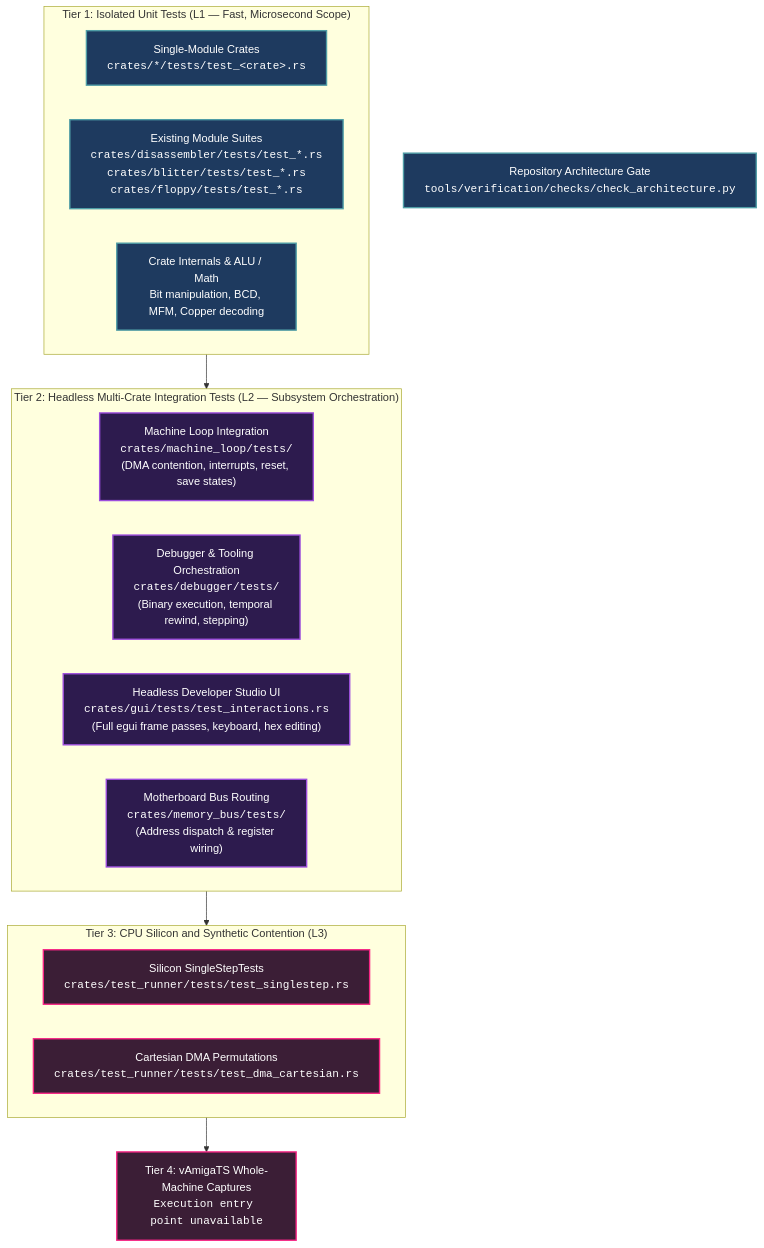
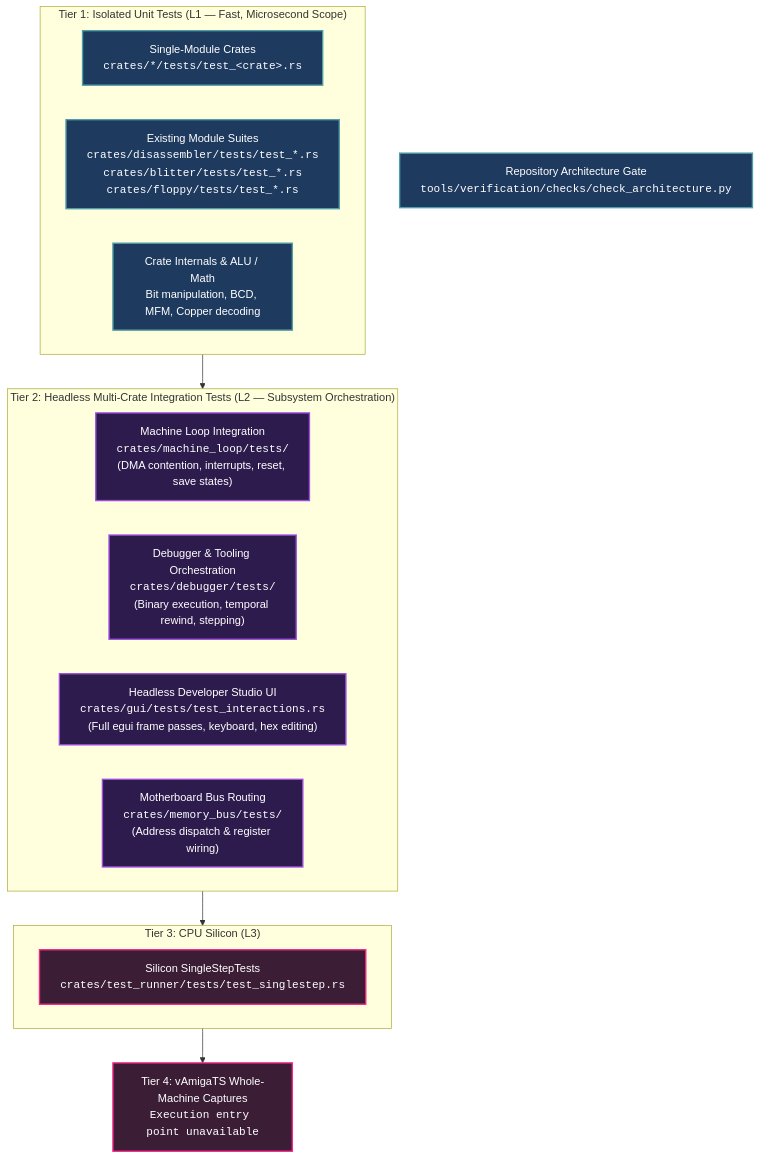
One commit to tomek-anuszkiewicz/amiga-studio changed the diagram in Obsidian/Amiga/Design/Verification/Testing Strategy and Quality Assurance.md. Above: the diagram before and after it, drawn with Mermaid. The commit also changed other lines of this file and 23 other files, not shown here.

First line of the commit message:
test(cpu): replace Cartesian DMA with focused wait-state coverage

````diff
--- a/Obsidian/Amiga/Design/Verification/Testing Strategy and Quality Assurance.md
+++ b/Obsidian/Amiga/Design/Verification/Testing Strategy and Quality Assurance.md
@@ -62,30 +61,29 @@
 ```mermaid
 graph TD
     classDef t1 fill:#1e3a5f,stroke:#4f9da6,stroke-width:2px,color:#ffffff;
     classDef t2 fill:#2d1b4e,stroke:#9d4edd,stroke-width:2px,color:#ffffff;
     classDef t3 fill:#3b1e36,stroke:#f72585,stroke-width:2px,color:#ffffff;
 
     subgraph Tier1["Tier 1: Isolated Unit Tests (L1 — Fast, Microsecond Scope)"]
         U1["Single-Module Crates<br/><code>crates/*/tests/test_&lt;crate&gt;.rs</code>"]:::t1
         U2["Existing Module Suites<br/><code>crates/disassembler/tests/test_*.rs</code><br/><code>crates/blitter/tests/test_*.rs</code><br/><code>crates/floppy/tests/test_*.rs</code>"]:::t1
         U3["Crate Internals & ALU / Math<br/>Bit manipulation, BCD, MFM, Copper decoding"]:::t1
     end
 
     subgraph Tier2["Tier 2: Headless Multi-Crate Integration Tests (L2 — Subsystem Orchestration)"]
         I1["Machine Loop Integration<br/><code>crates/machine_loop/tests/</code><br/>(DMA contention, interrupts, reset, save states)"]:::t2
         I2["Debugger & Tooling Orchestration<br/><code>crates/debugger/tests/</code><br/>(Binary execution, temporal rewind, stepping)"]:::t2
         I3["Headless Developer Studio UI<br/><code>crates/gui/tests/test_interactions.rs</code><br/>(Full egui frame passes, keyboard, hex editing)"]:::t2
         I4["Motherboard Bus Routing<br/><code>crates/memory_bus/tests/</code><br/>(Address dispatch & register wiring)"]:::t2
     end
 
-    subgraph Tier3["Tier 3: CPU Silicon and Synthetic Contention (L3)"]
+    subgraph Tier3["Tier 3: CPU Silicon (L3)"]
         V1["Silicon SingleStepTests<br/><code>crates/test_runner/tests/test_singlestep.rs</code>"]:::t3
-        V2["Cartesian DMA Permutations<br/><code>crates/test_runner/tests/test_dma_cartesian.rs</code>"]:::t3
     end
 
     V3["Tier 4: vAmigaTS Whole-Machine Captures<br/><code>Execution entry point unavailable</code>"]:::t3
     A1["Repository Architecture Gate<br/><code>tools/verification/checks/check_architecture.py</code>"]:::t1
     Tier1 --> Tier2
     Tier2 --> Tier3
     Tier3 --> V3
 ```
````
